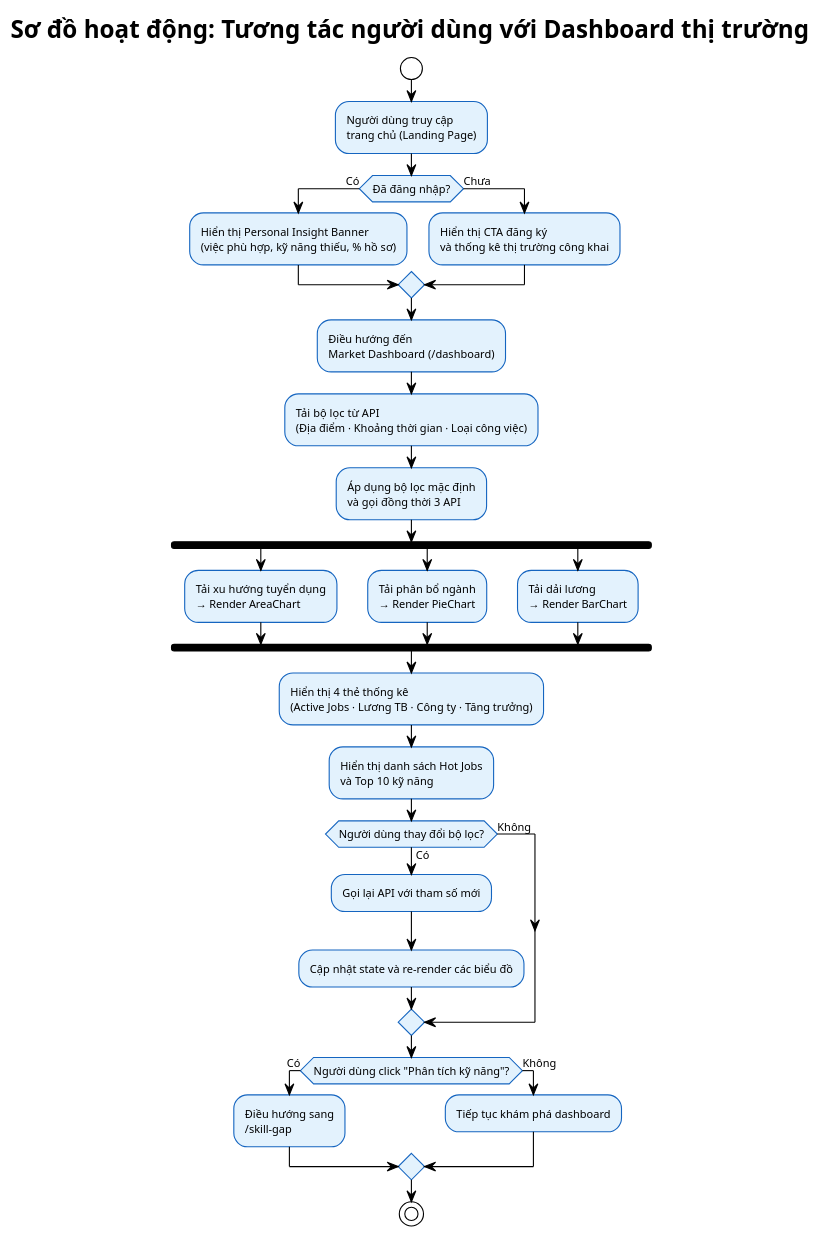
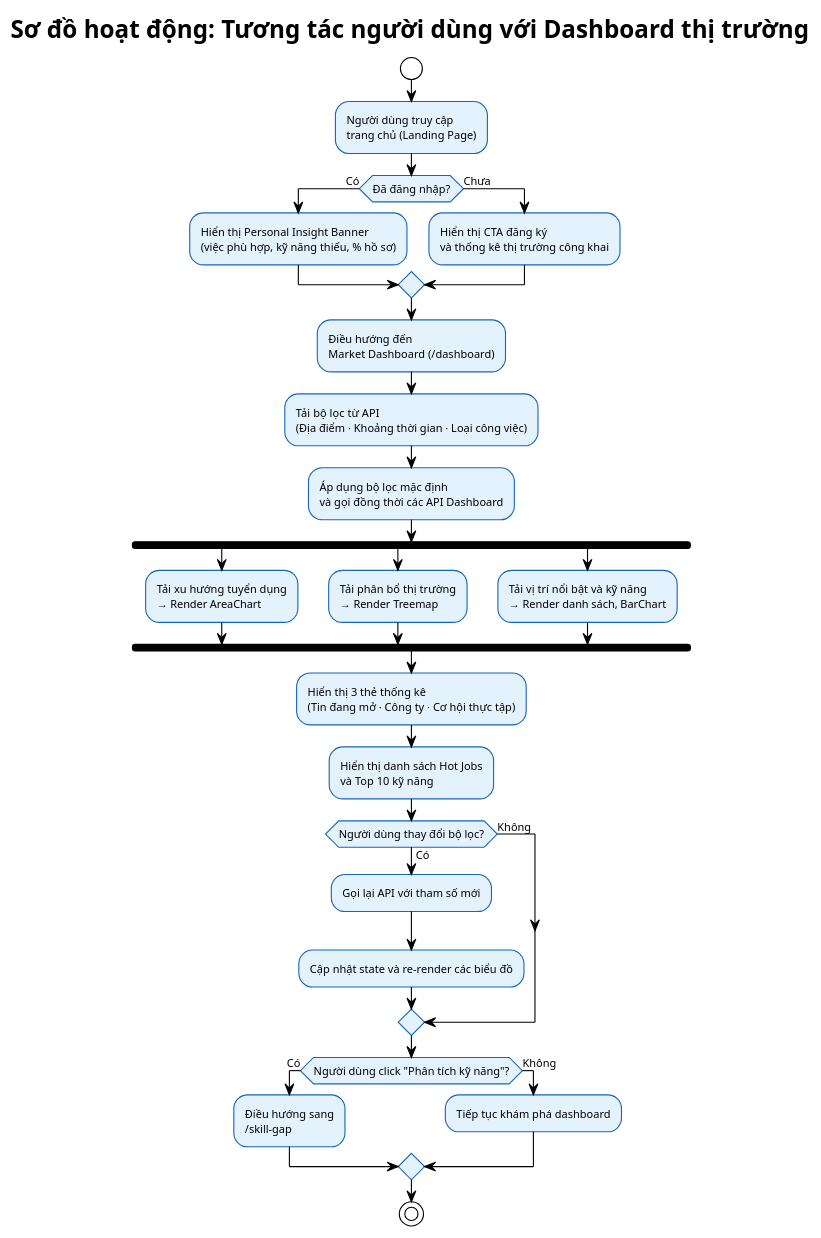
One commit to Myy1112/082026 changed the diagram in SourceCode/diagrams/ui_dashboard_flow.puml. Above: the diagram before and after it, drawn with PlantUML. The commit also changed 40 other files, not shown here.

Commit message:
docs: update thesis chapters with new UI/UX diagrams and expand literature review with web scraping and transformer model references

```diff
--- a/SourceCode/diagrams/ui_dashboard_flow.puml
+++ b/SourceCode/diagrams/ui_dashboard_flow.puml
@@ -1,60 +1,60 @@
 @startuml ui_dashboard_flow
 !theme plain
 skinparam defaultFontSize 10
 skinparam defaultFontName Arial
 skinparam backgroundColor #FFFFFF
 skinparam activity {
     BackgroundColor #E3F2FD
     BorderColor #1565C0
     FontSize 10
 }
 skinparam diamond {
     BackgroundColor #FFF8E1
     BorderColor #E65100
 }
 
 title Sơ đồ hoạt động: Tương tác người dùng với Dashboard thị trường
 
 start
 
 :Người dùng truy cập\ntrang chủ (Landing Page);
 
 if (Đã đăng nhập?) then (Có)
     :Hiển thị Personal Insight Banner\n(việc phù hợp, kỹ năng thiếu, % hồ sơ);
 else (Chưa)
     :Hiển thị CTA đăng ký\nvà thống kê thị trường công khai;
 endif
 
 :Điều hướng đến\nMarket Dashboard (/dashboard);
 
 :Tải bộ lọc từ API\n(Địa điểm · Khoảng thời gian · Loại công việc);
 
-:Áp dụng bộ lọc mặc định\nvà gọi đồng thời 3 API;
+:Áp dụng bộ lọc mặc định\nvà gọi đồng thời các API Dashboard;
 
 fork
     :Tải xu hướng tuyển dụng\n→ Render AreaChart;
 fork again
-    :Tải phân bổ ngành\n→ Render PieChart;
+    :Tải phân bổ thị trường\n→ Render Treemap;
 fork again
-    :Tải dải lương\n→ Render BarChart;
+    :Tải vị trí nổi bật và kỹ năng\n→ Render danh sách, BarChart;
 end fork
 
-:Hiển thị 4 thẻ thống kê\n(Active Jobs · Lương TB · Công ty · Tăng trưởng);
+:Hiển thị 3 thẻ thống kê\n(Tin đang mở · Công ty · Cơ hội thực tập);
 
 :Hiển thị danh sách Hot Jobs\nvà Top 10 kỹ năng;
 
 if (Người dùng thay đổi bộ lọc?) then (Có)
     :Gọi lại API với tham số mới;
     :Cập nhật state và re-render các biểu đồ;
 else (Không)
 endif
 
 if (Người dùng click "Phân tích kỹ năng"?) then (Có)
     :Điều hướng sang\n/skill-gap;
 else (Không)
     :Tiếp tục khám phá dashboard;
 endif
 
 stop
 
 @enduml
```
